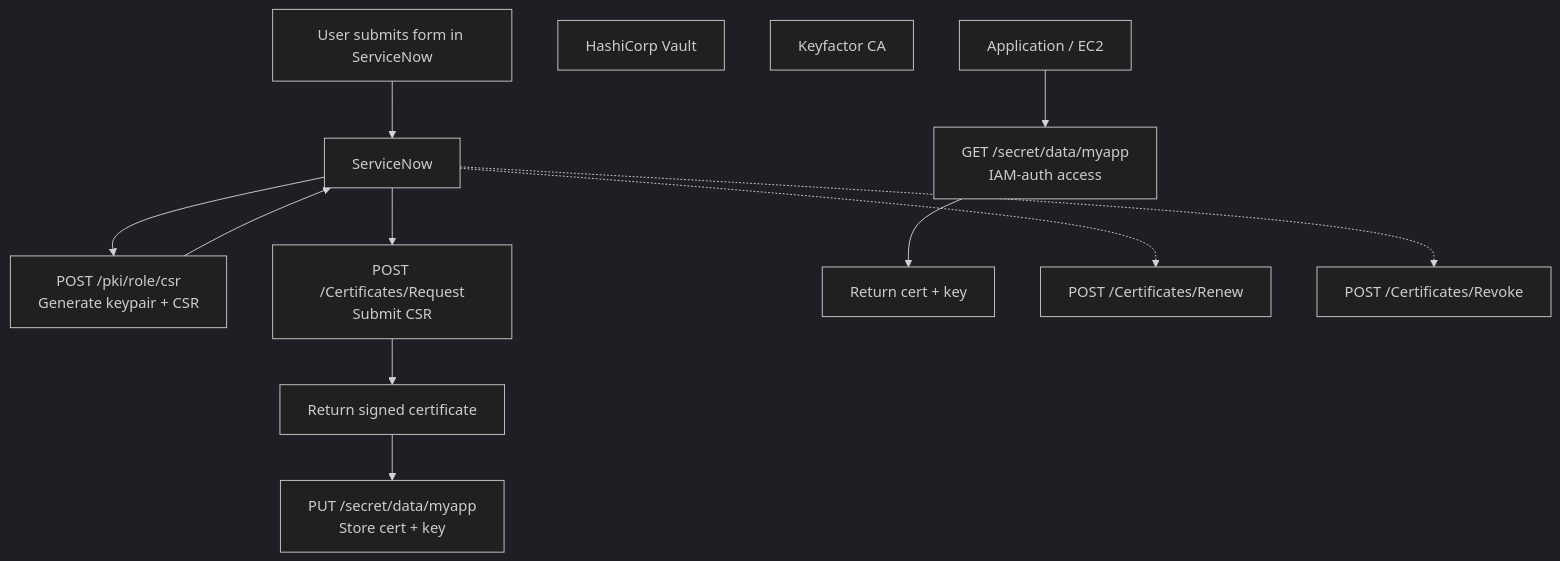
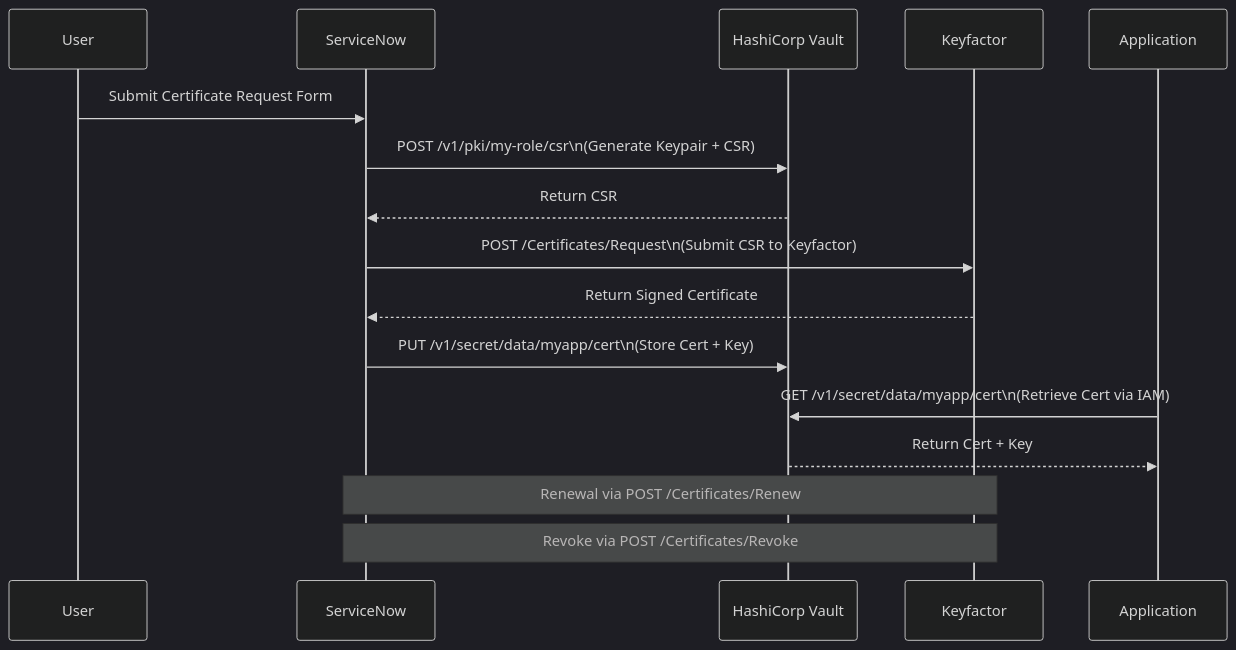
Before and after one commit to EC528-Fall-2025/AutoSec-Certs: the diagram in README.md, drawn with Mermaid (dark theme).

Commit message:
Revise certificate lifecycle sequence diagram
Updated the sequence diagram to reflect the certificate lifecycle process more accurately.

````diff
--- a/README.md
+++ b/README.md
@@ -65,24 +65,24 @@
 ```mermaid
-flowchart TD
-  User[User submits form in ServiceNow]
-  SN[ServiceNow]
-  Vault[HashiCorp Vault]
-  CA[Keyfactor CA]
-  App[Application / EC2]
+sequenceDiagram
+    participant User as User
+    participant SN as ServiceNow
+    participant Vault as HashiCorp Vault
+    participant CA as Keyfactor
+    participant App as Application
 
-  User --> SN
+    User->>SN: Submit Certificate Request Form
 
-  SN --> Vault1[POST /pki/role/csr\nGenerate keypair + CSR]
-  Vault1 --> SN
+    SN->>Vault: POST /v1/pki/my-role/csr\n(Generate Keypair + CSR)
+    Vault-->>SN: Return CSR
 
-  SN --> CA1[POST /Certificates/Request\nSubmit CSR]
-  CA1 --> SN2[Return signed certificate]
+    SN->>CA: POST /Certificates/Request\n(Submit CSR to Keyfactor)
+    CA-->>SN: Return Signed Certificate
 
-  SN2 --> Vault2[PUT /secret/data/myapp\nStore cert + key]
+    SN->>Vault: PUT /v1/secret/data/myapp/cert\n(Store Cert + Key)
 
-  App --> Vault3[GET /secret/data/myapp\nIAM-auth access]
-  Vault3 --> App2[Return cert + key]
+    App->>Vault: GET /v1/secret/data/myapp/cert\n(Retrieve Cert via IAM)
+    Vault-->>App: Return Cert + Key
 
-  SN -.-> CA2[POST /Certificates/Renew]
-  SN -.-> CA3[POST /Certificates/Revoke]
+    Note over SN,CA: Renewal via POST /Certificates/Renew
+    Note over SN,CA: Revoke via POST /Certificates/Revoke
 ```
````
